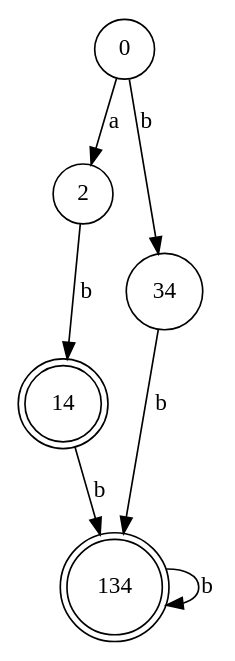
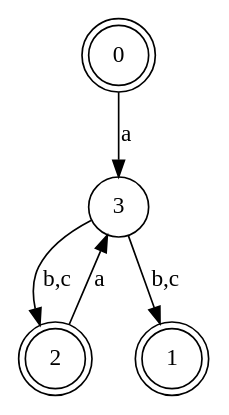
One commit to igorbragaia/CTC-34 changed the diagram in projeto_1/test-output/graph.gv. Above: the diagram before and after it, drawn with Graphviz. The commit also changed 3 other files, not shown here.

```diff
--- a/projeto_1/test-output/graph.gv
+++ b/projeto_1/test-output/graph.gv
@@ -1,13 +1,10 @@
 digraph {
-	0 [shape=circle]
-	2 [shape=circle]
-	34 [shape=circle]
-	14 [shape=doublecircle]
-	134 [shape=doublecircle]
-	0 -> 2 [label=a]
-	0 -> 34 [label=b]
-	2 -> 14 [label=b]
-	34 -> 134 [label=b]
-	14 -> 134 [label=b]
-	134 -> 134 [label=b]
+	0 [shape=doublecircle]
+	1 [shape=doublecircle]
+	2 [shape=doublecircle]
+	3 [shape=circle]
+	2 -> 3 [label=a]
+	3 -> 2 [label="b,c"]
+	3 -> 1 [label="b,c"]
+	0 -> 3 [label=a]
 }
```
